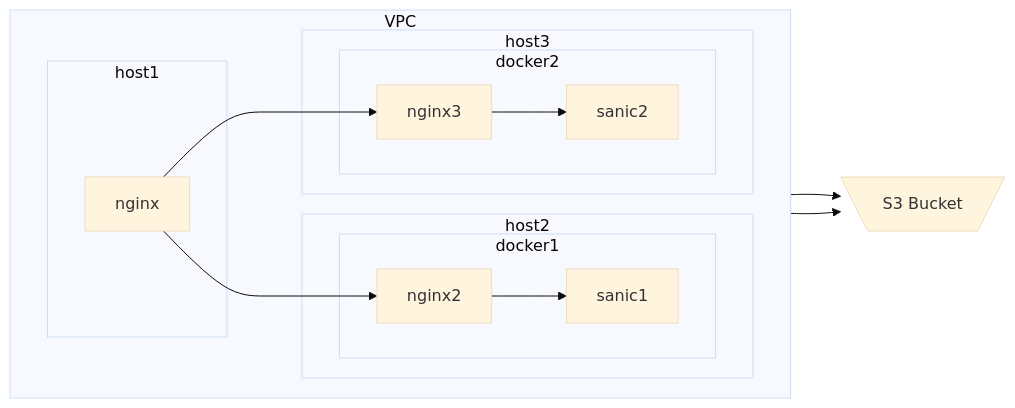
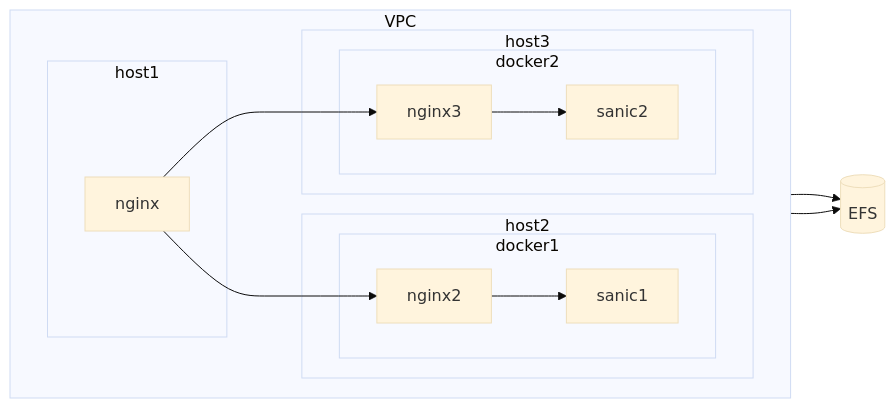
The second of 2 diagrams in natural4-server/natural4_server/nginx-lb.md (smucclaw/gsheet), drawn with Mermaid (base theme) before and after one commit. The commit also changed other lines of this file, not shown here.

Commit message:
Change from S3 to EFS (#127)

````diff
--- a/natural4-server/natural4_server/nginx-lb.md
+++ b/natural4-server/natural4_server/nginx-lb.md
@@ -28,27 +28,27 @@
 ```mermaid
 flowchart LR
     subgraph VPC
         direction LR
         subgraph host1
             nginx
         end
 
         subgraph host2
             subgraph docker1
                 nginx2-->sanic1
             end
         end
         
         subgraph host3
             subgraph docker2
                 nginx3-->sanic2
             end
         end
         
         nginx-->nginx3
         nginx-->nginx2
     end
-    bucket[\S3 Bucket/]
-    sanic1-->bucket
-    sanic2-->bucket
+    efs[(EFS)]
+    sanic1-->efs
+    sanic2-->efs
 ```
````
